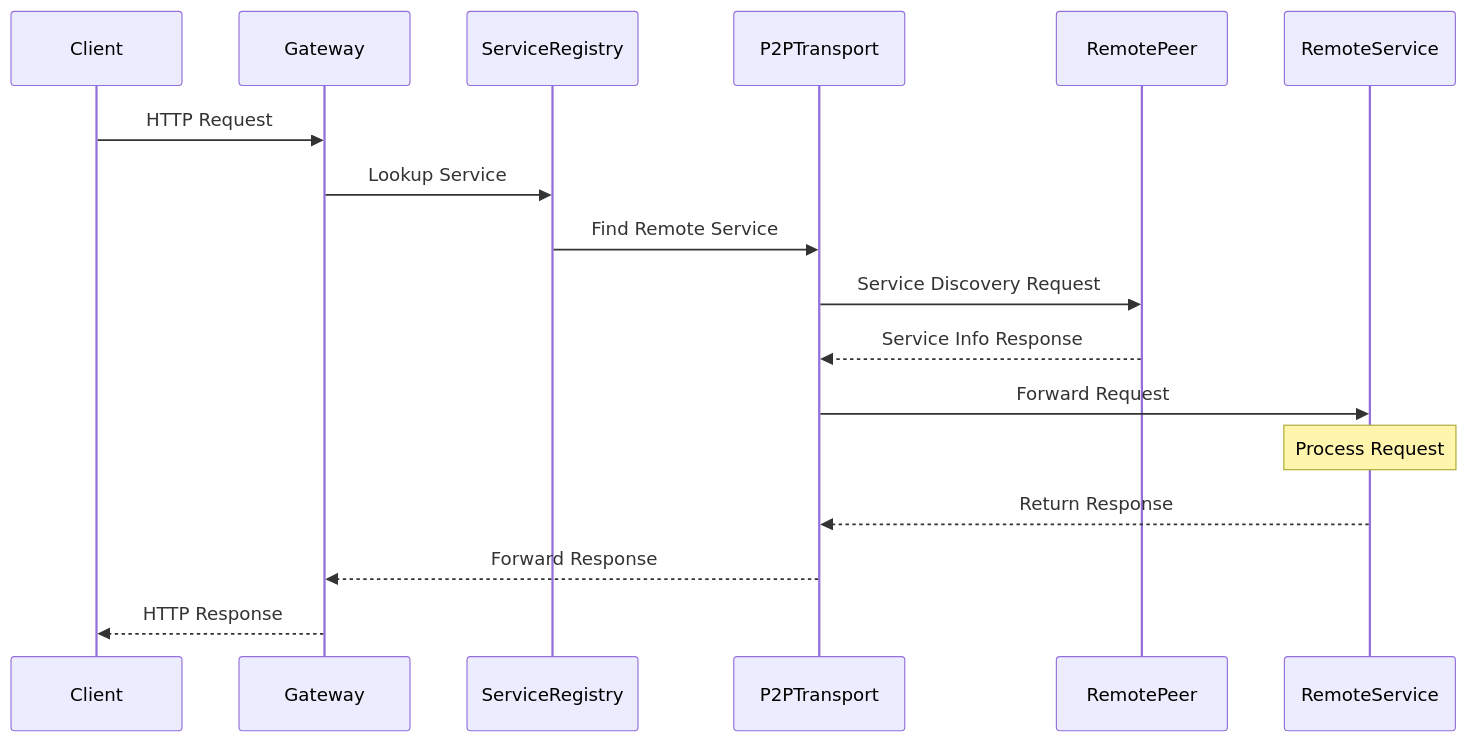
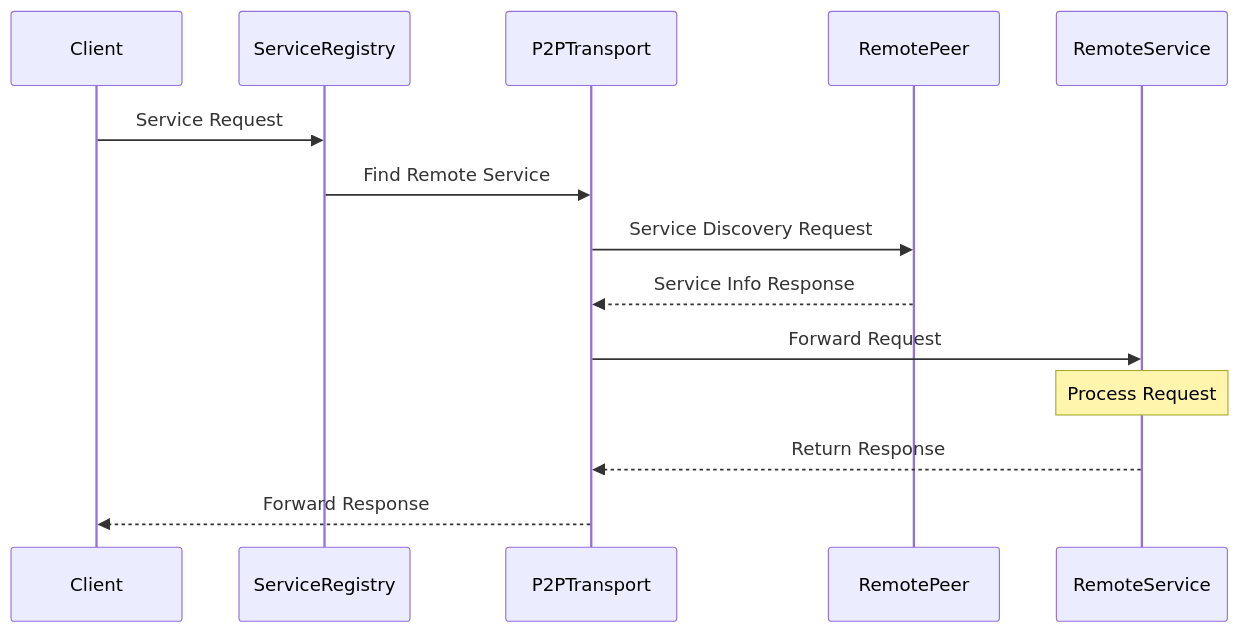
Before and after one commit to runar-labs/rust-docs: the second of 16 diagrams in docs/core/system-diagrams.md, drawn with Mermaid. The commit also changed other lines of this file and 21 other files, not shown here.

````diff
--- a/docs/core/system-diagrams.md
+++ b/docs/core/system-diagrams.md
@@ -49,20 +46,17 @@
 ```mermaid
 sequenceDiagram
     participant C as Client
-    participant G as Gateway
     participant SR as ServiceRegistry
     participant P2P as P2PTransport
     participant RP as RemotePeer
     participant RS as RemoteService
 
-    C->>G: HTTP Request
-    G->>SR: Lookup Service
+    C->>SR: Service Request
     SR->>P2P: Find Remote Service
     P2P->>RP: Service Discovery Request
     RP-->>P2P: Service Info Response
     P2P->>RS: Forward Request
     Note over RS: Process Request
     RS-->>P2P: Return Response
-    P2P-->>G: Forward Response
-    G-->>C: HTTP Response
+    P2P-->>C: Forward Response
 ```
````
